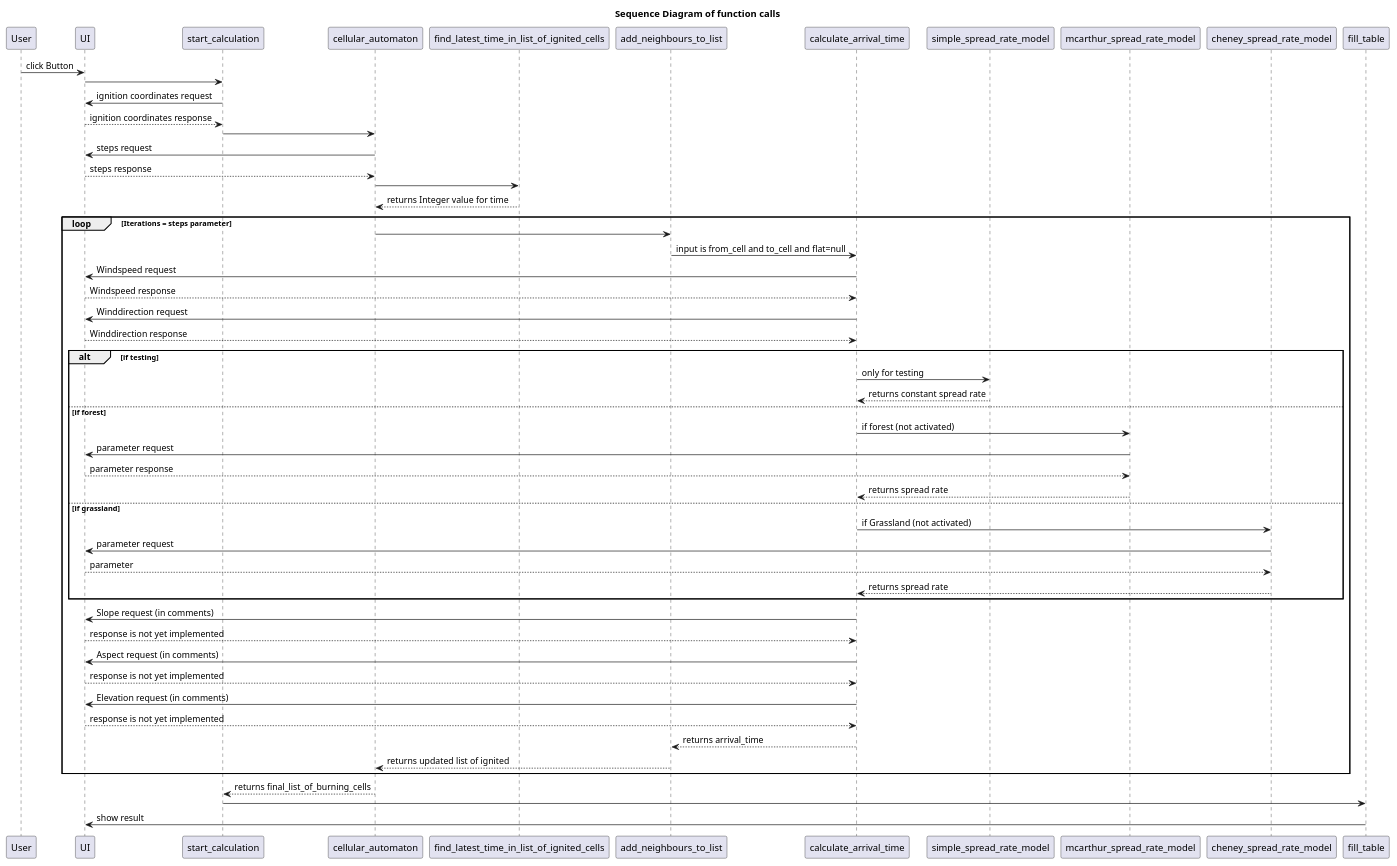
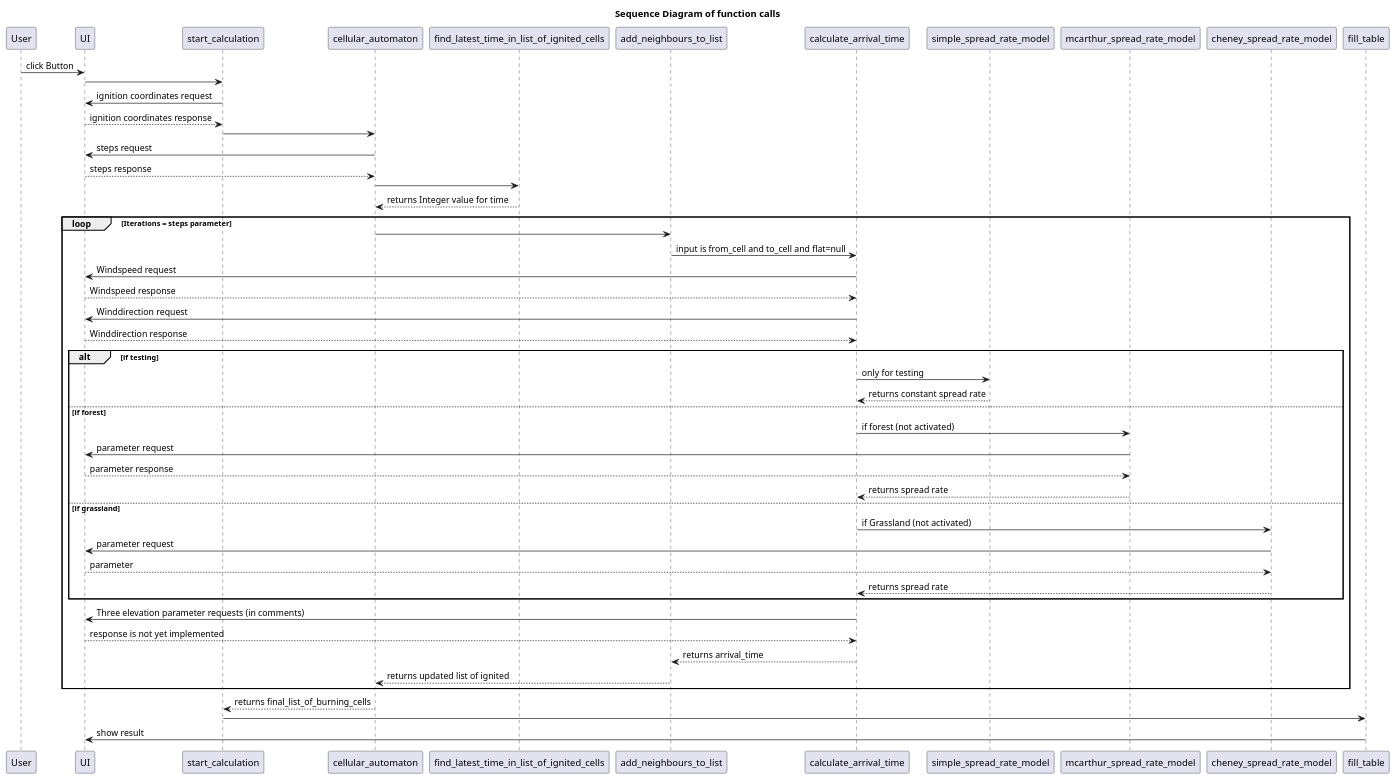
One commit to OTI2020/ember-sim-germany changed the diagram in documentation/simple_sequenzdiagram.plantuml. Above: the diagram before and after it, drawn with PlantUML. The commit also changed 1 other file, not shown here.

Commit message:
make simple seq-diagram even more simple

```diff
--- a/documentation/simple_sequenzdiagram.plantuml
+++ b/documentation/simple_sequenzdiagram.plantuml
@@ -1,67 +1,63 @@
 @startuml
 'skinparam backgroundColor #EEEBDC
 
 /'
 use for testing plantUML:
 https://www.plantuml.com/plantuml/uml
 '/
 Title Sequence Diagram of function calls
 
 User -> UI: click Button
 UI -> start_calculation
 start_calculation -> UI: ignition coordinates request
 start_calculation <-- UI: ignition coordinates response
 start_calculation -> cellular_automaton
 
 cellular_automaton -> UI: steps request
 cellular_automaton <-- UI: steps response
 cellular_automaton -> find_latest_time_in_list_of_ignited_cells
 cellular_automaton <-- find_latest_time_in_list_of_ignited_cells: returns Integer value for time
 
 loop Iterations = steps parameter
 
 cellular_automaton -> add_neighbours_to_list
 
 add_neighbours_to_list -> calculate_arrival_time: input is from_cell and to_cell and flat=null 
 
 
 calculate_arrival_time -> UI: Windspeed request
 calculate_arrival_time <-- UI: Windspeed response
 calculate_arrival_time -> UI: Winddirection request
 calculate_arrival_time <-- UI: Winddirection response
 alt if testing
 calculate_arrival_time -> simple_spread_rate_model: only for testing
 calculate_arrival_time <-- simple_spread_rate_model: returns constant spread rate
 else if forest
 calculate_arrival_time -> mcarthur_spread_rate_model: if forest (not activated)
 mcarthur_spread_rate_model -> UI: parameter request
 mcarthur_spread_rate_model <-- UI: parameter response
 calculate_arrival_time <-- mcarthur_spread_rate_model: returns spread rate
 else if grassland
 calculate_arrival_time -> cheney_spread_rate_model: if Grassland (not activated)
 cheney_spread_rate_model -> UI: parameter request
 cheney_spread_rate_model <-- UI: parameter
 calculate_arrival_time <-- cheney_spread_rate_model: returns spread rate
 end
-calculate_arrival_time -> UI: Slope request (in comments)
-calculate_arrival_time <-- UI: response is not yet implemented
-calculate_arrival_time -> UI: Aspect request (in comments)
-calculate_arrival_time <-- UI: response is not yet implemented
-calculate_arrival_time -> UI: Elevation request (in comments)
+calculate_arrival_time -> UI: Three elevation parameter requests (in comments)
 calculate_arrival_time <-- UI: response is not yet implemented
 
 
 add_neighbours_to_list <-- calculate_arrival_time: returns arrival_time
 
 
 cellular_automaton <-- add_neighbours_to_list: returns updated list of ignited 
 end
 
 
 
 start_calculation <-- cellular_automaton: returns final_list_of_burning_cells
 
 
 start_calculation -> fill_table
 fill_table -> UI: show result
 @enduml
```
